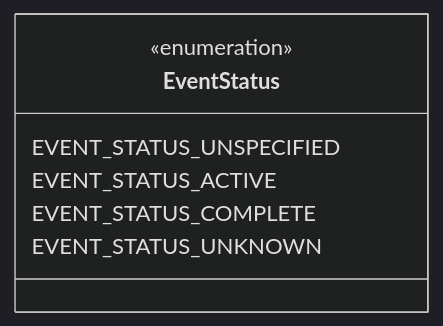
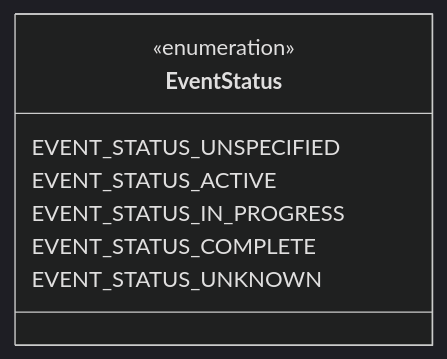
The first of 3 diagrams in docs/event.proto.md (zaphiro-technologies/protobuf), drawn with Mermaid (dark theme) before and after one commit. The commit also changed other lines of this file and 5 other files, not shown here.

````diff
--- a/docs/event.proto.md
+++ b/docs/event.proto.md
@@ -57,13 +58,14 @@
 ```mermaid
 classDiagram
 direction LR
 %% The collection of Event Status defined so far.
 
 class EventStatus{
   <<enumeration>>
   EVENT_STATUS_UNSPECIFIED
   EVENT_STATUS_ACTIVE
+  EVENT_STATUS_IN_PROGRESS
   EVENT_STATUS_COMPLETE
   EVENT_STATUS_UNKNOWN
 }
 ```
````
